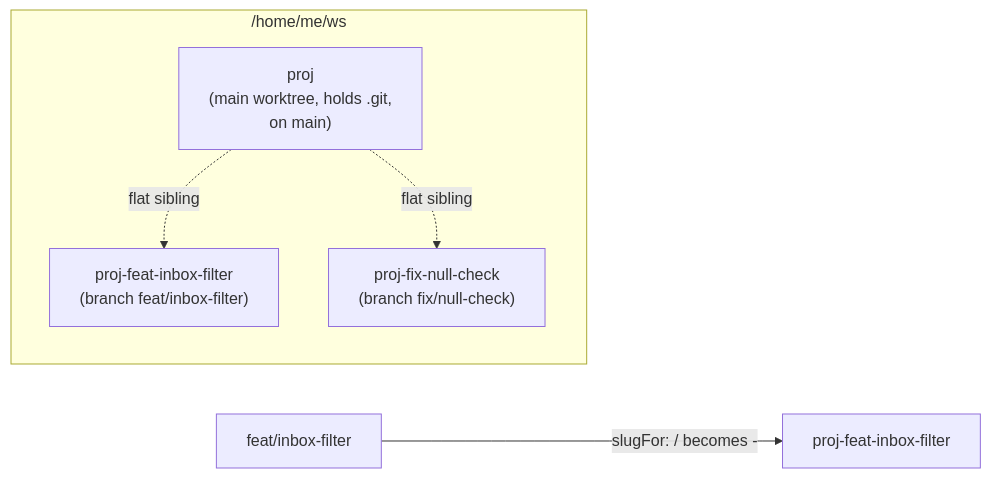
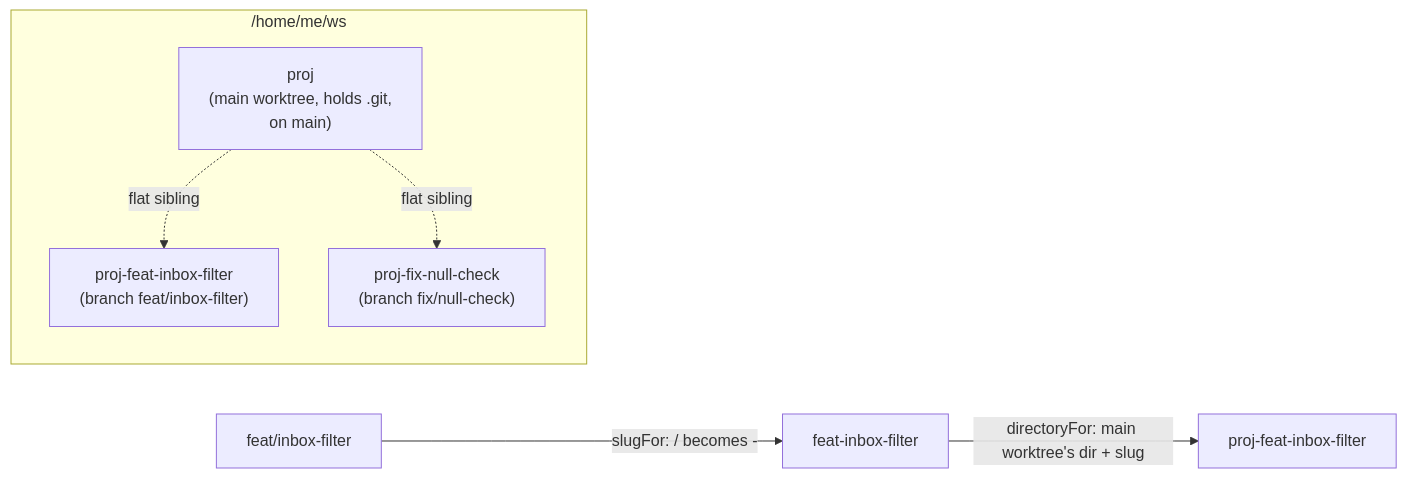
One commit to AaronLPS/copse changed the second of 2 diagrams in README.md. Above: the diagram before and after it, drawn with Mermaid. The commit also changed other lines of this file and 5 other files, not shown here.

````diff
--- a/README.md
+++ b/README.md
@@ -314,13 +316,14 @@
 ```mermaid
 flowchart LR
     subgraph WS["/home/me/ws"]
         direction TB
         MAIN["proj<br/>(main worktree, holds .git,<br/>on main)"]
         W1["proj-feat-inbox-filter<br/>(branch feat/inbox-filter)"]
         W2["proj-fix-null-check<br/>(branch fix/null-check)"]
     end
     MAIN -.->|"flat sibling"| W1
     MAIN -.->|"flat sibling"| W2
 
-    N1["feat/inbox-filter"] -->|"slugFor: / becomes -"| N2["proj-feat-inbox-filter"]
+    N1["feat/inbox-filter"] -->|"slugFor: / becomes -"| N2["feat-inbox-filter"]
+    N2 -->|"directoryFor: main worktree's dir + slug"| N3["proj-feat-inbox-filter"]
 ```
````
